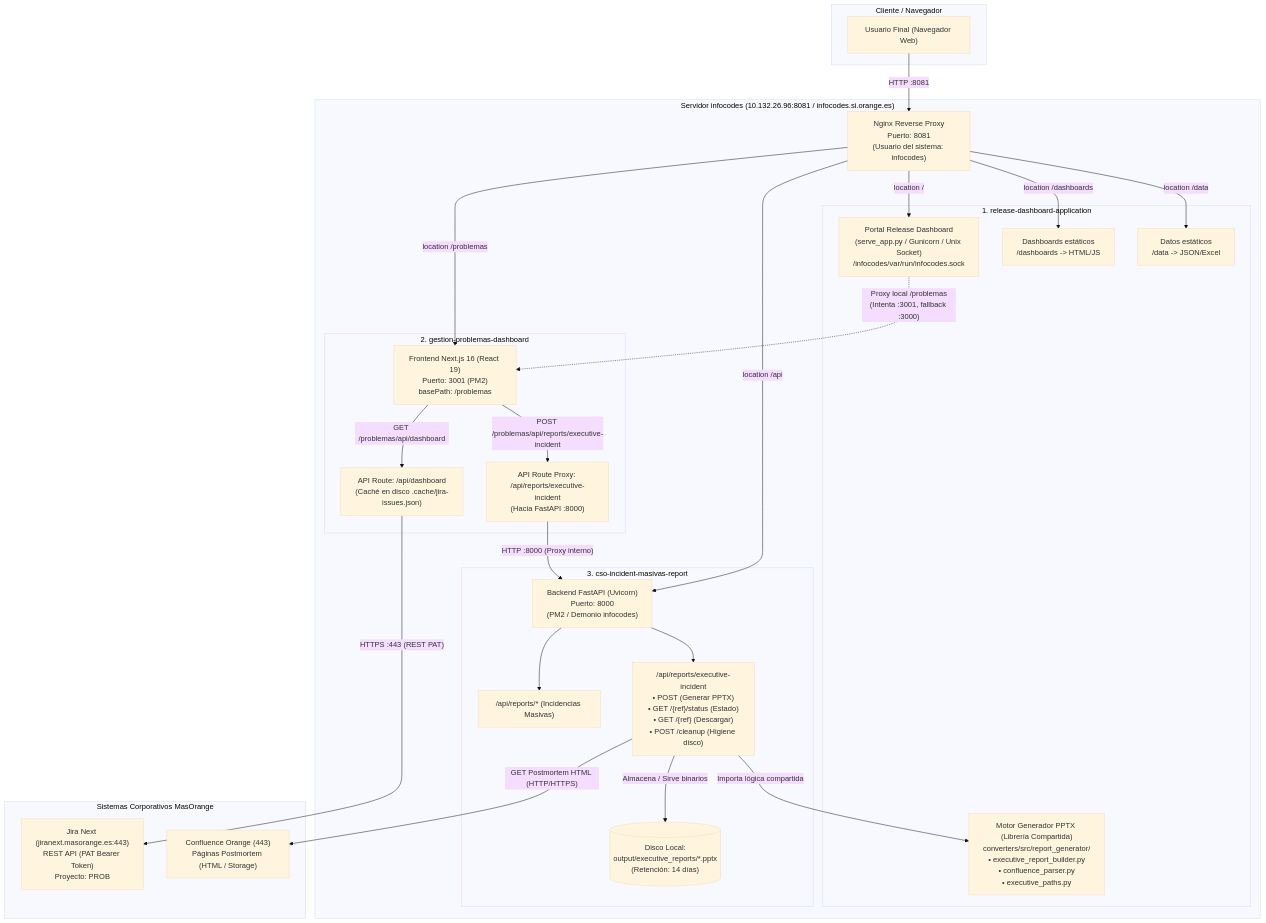
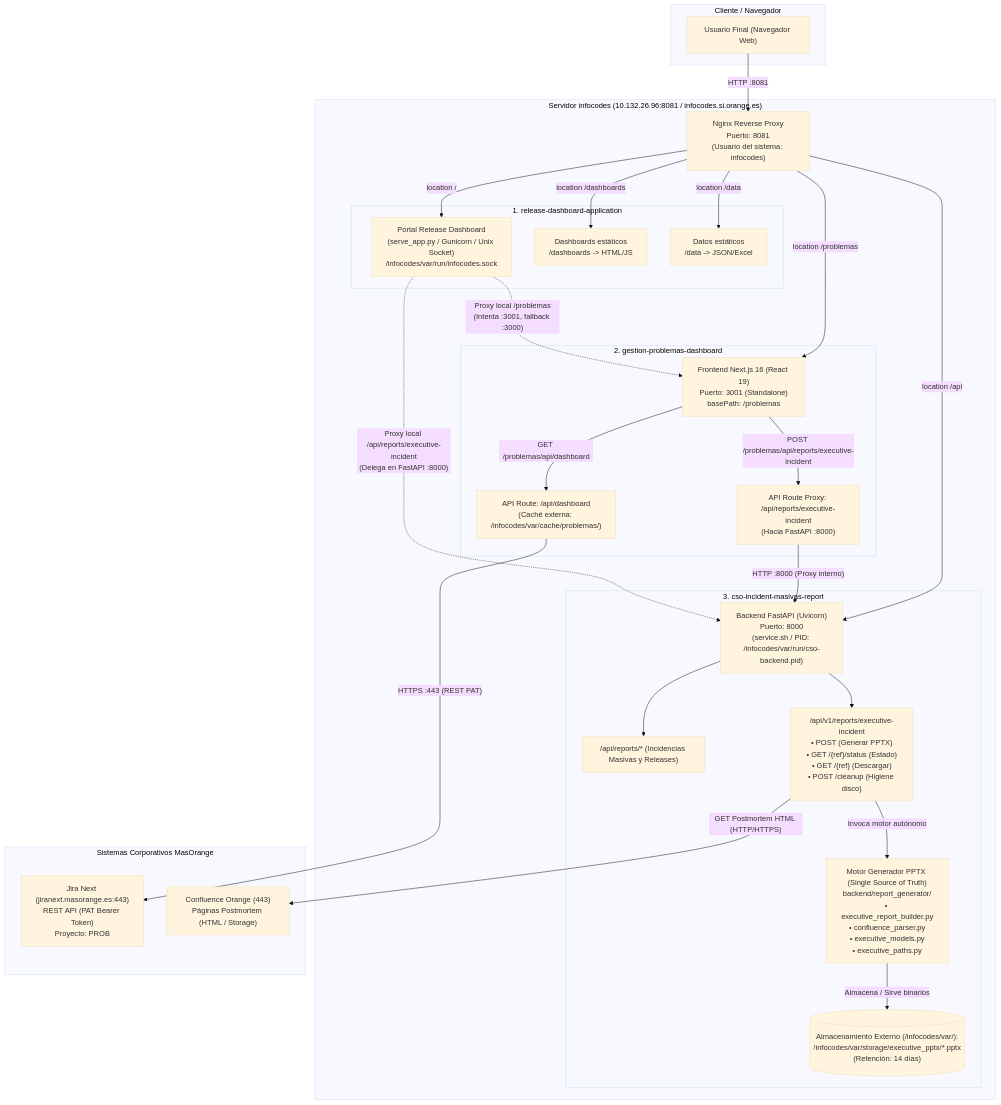
Before and after one commit to jfdelafuente/gestion-problemas-dashboard: the first of 3 diagrams in ARCHITECTURE.md, drawn with Mermaid (base theme). The commit also changed other lines of this file and 25 other files, not shown here.

Commit message:
feat(architecture): complete Fase 1 & Fase 2 (externalized /infocodes/var state, 1-click deploy, atomic symlink releases, async PPTX polling, and X-Request-ID tracing)

````diff
--- a/ARCHITECTURE.md
+++ b/ARCHITECTURE.md
@@ -12,59 +14,60 @@
 ```mermaid
 flowchart TB
     subgraph Client ["Cliente / Navegador"]
         Browser["Usuario Final (Navegador Web)"]
     end
 
     subgraph EntryPoint ["Servidor infocodes (10.132.26.96:8081 / infocodes.si.orange.es)"]
         Nginx["Nginx Reverse Proxy\nPuerto: 8081\n(Usuario del sistema: infocodes)"]
         
         subgraph ReleaseDashboard ["1. release-dashboard-application"]
             PortalApp["Portal Release Dashboard\n(serve_app.py / Gunicorn / Unix Socket)\n/infocodes/var/run/infocodes.sock"]
             PortalStatic["Dashboards estáticos\n/dashboards -> HTML/JS"]
             DataStatic["Datos estáticos\n/data -> JSON/Excel"]
-            PPTXEngine["Motor Generador PPTX (Librería Compartida)\nconverters/src/report_generator/\n• executive_report_builder.py\n• confluence_parser.py\n• executive_paths.py"]
         end
 
         subgraph GestionProblemas ["2. gestion-problemas-dashboard"]
-            NextFrontend["Frontend Next.js 16 (React 19)\nPuerto: 3001 (PM2)\nbasePath: /problemas"]
-            NextApiDashboard["API Route: /api/dashboard\n(Caché en disco .cache/jira-issues.json)"]
+            NextFrontend["Frontend Next.js 16 (React 19)\nPuerto: 3001 (Standalone)\nbasePath: /problemas"]
+            NextApiDashboard["API Route: /api/dashboard\n(Caché externa: /infocodes/var/cache/problemas/)"]
             NextApiProxy["API Route Proxy: /api/reports/executive-incident\n(Hacia FastAPI :8000)"]
         end
 
         subgraph CsoBackend ["3. cso-incident-masivas-report"]
-            FastAPI["Backend FastAPI (Uvicorn)\nPuerto: 8000\n(PM2 / Demonio infocodes)"]
-            ApiReports["/api/reports/* (Incidencias Masivas)"]
-            ApiExecutive["/api/reports/executive-incident\n• POST (Generar PPTX)\n• GET /{ref}/status (Estado)\n• GET /{ref} (Descargar)\n• POST /cleanup (Higiene disco)"]
-            DiskStorage[("Disco Local:\noutput/executive_reports/*.pptx\n(Retención: 14 días)")]
+            FastAPI["Backend FastAPI (Uvicorn)\nPuerto: 8000\n(service.sh / PID: /infocodes/var/run/cso-backend.pid)"]
+            ApiReports["/api/reports/* (Incidencias Masivas y Releases)"]
+            ApiExecutive["/api/v1/reports/executive-incident\n• POST (Generar PPTX)\n• GET /{ref}/status (Estado)\n• GET /{ref} (Descargar)\n• POST /cleanup (Higiene disco)"]
+            PPTXEngine["Motor Generador PPTX (Single Source of Truth)\nbackend/report_generator/\n• executive_report_builder.py\n• confluence_parser.py\n• executive_models.py\n• executive_paths.py"]
+            DiskStorage[("Almacenamiento Externo (/infocodes/var/):\n/infocodes/var/storage/executive_pptx/*.pptx\n(Retención: 14 días)")]
         end
     end
 
     subgraph External ["Sistemas Corporativos MasOrange"]
         Jira["Jira Next (jiranext.masorange.es:443)\nREST API (PAT Bearer Token)\nProyecto: PROB"]
         Confluence["Confluence Orange (443)\nPáginas Postmortem (HTML / Storage)"]
     end
 
     %% Flujos de Red
     Browser -->|HTTP :8081| Nginx
     Nginx -->|"location /"| PortalApp
     Nginx -->|"location /dashboards"| PortalStatic
     Nginx -->|"location /data"| DataStatic
     Nginx -->|"location /problemas"| NextFrontend
     Nginx -->|"location /api"| FastAPI
 
     %% Invocaciones internas del Dashboard Next.js
     NextFrontend -->|"GET /problemas/api/dashboard"| NextApiDashboard
     NextApiDashboard -->|"HTTPS :443 (REST PAT)"| Jira
     NextFrontend -->|"POST /problemas/api/reports/executive-incident"| NextApiProxy
     NextApiProxy -->|"HTTP :8000 (Proxy interno)"| FastAPI
 
     %% Invocaciones del Backend FastAPI
     FastAPI --> ApiExecutive
     FastAPI --> ApiReports
-    ApiExecutive -->|"Importa lógica compartida"| PPTXEngine
+    ApiExecutive -->|"Invoca motor autónomo"| PPTXEngine
     ApiExecutive -->|"GET Postmortem HTML (HTTP/HTTPS)"| Confluence
-    ApiExecutive -->|"Almacena / Sirve binarios"| DiskStorage
+    PPTXEngine -->|"Almacena / Sirve binarios"| DiskStorage
 
     %% Proxy Dual en Desarrollo
     PortalApp -.->|"Proxy local /problemas\n(Intenta :3001, fallback :3000)"| NextFrontend
+    PortalApp -.->|"Proxy local /api/reports/executive-incident\n(Delega en FastAPI :8000)"| FastAPI
 ```
````
